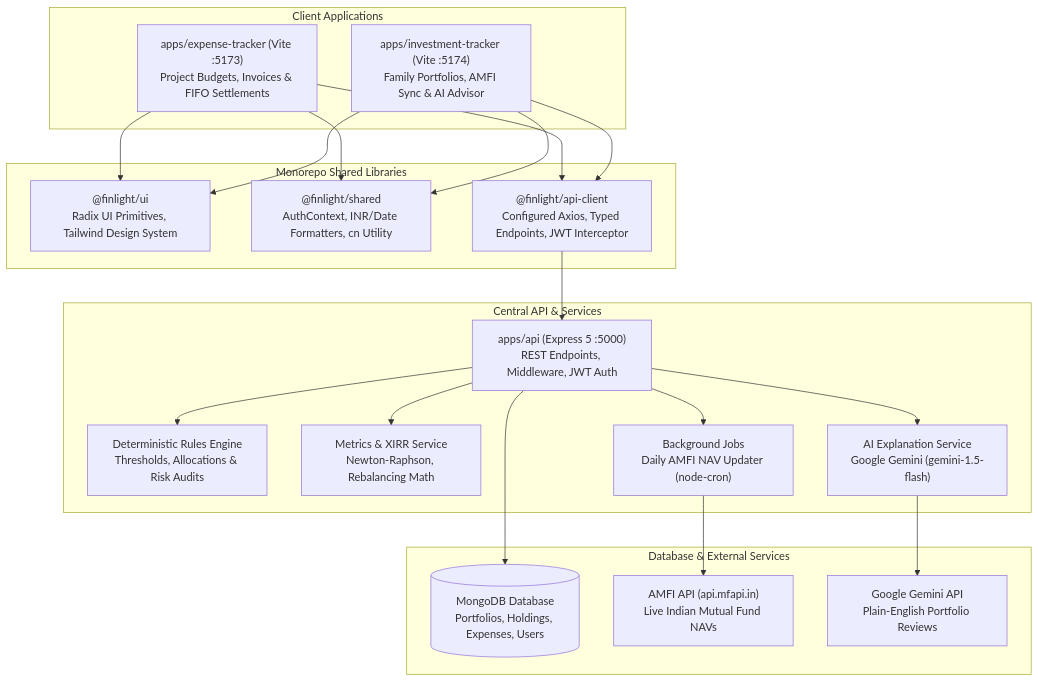
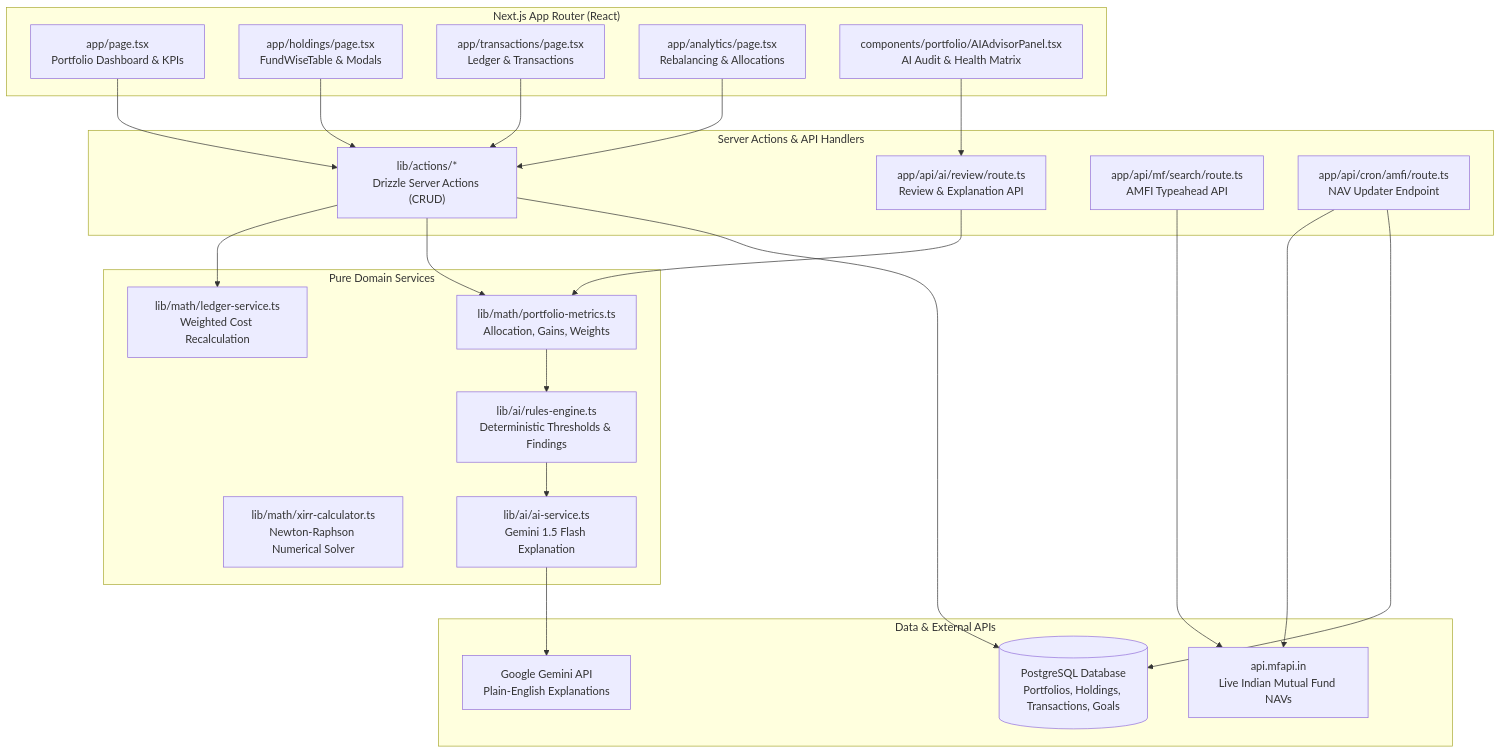
The diagram in README.md (Karmakarabhi/finlight), drawn with Mermaid before and after one commit. The commit also changed other lines of this file and 248 other files, not shown here.

````diff
--- a/README.md
+++ b/README.md
@@ -50,45 +35,38 @@
 ```mermaid
 graph TD
-    subgraph Clients ["Client Applications"]
-        ET["apps/expense-tracker (Vite :5173)<br/>Project Budgets, Invoices & FIFO Settlements"]
-        IT["apps/investment-tracker (Vite :5174)<br/>Family Portfolios, AMFI Sync & AI Advisor"]
+    subgraph Client ["Next.js App Router (React)"]
+        DASH["app/page.tsx<br/>Portfolio Dashboard & KPIs"]
+        HOLD["app/holdings/page.tsx<br/>FundWiseTable & Modals"]
+        TXN["app/transactions/page.tsx<br/>Ledger & Transactions"]
+        ANL["app/analytics/page.tsx<br/>Rebalancing & Allocations"]
+        AI_PANEL["components/portfolio/AIAdvisorPanel.tsx<br/>AI Audit & Health Matrix"]
     end
 
-    subgraph Packages ["Monorepo Shared Libraries"]
-        UI["@finlight/ui<br/>Radix UI Primitives, Tailwind Design System"]
-        SHARED["@finlight/shared<br/>AuthContext, INR/Date Formatters, cn Utility"]
-        CLIENT["@finlight/api-client<br/>Configured Axios, Typed Endpoints, JWT Interceptor"]
+    subgraph Server ["Server Actions & API Handlers"]
+        ACTIONS["lib/actions/*<br/>Drizzle Server Actions (CRUD)"]
+        AI_ROUTE["app/api/ai/review/route.ts<br/>Review & Explanation API"]
+        AMFI_ROUTE["app/api/mf/search/route.ts<br/>AMFI Typeahead API"]
+        CRON_ROUTE["app/api/cron/amfi/route.ts<br/>NAV Updater Endpoint"]
     end
 
-    subgraph Backend ["Central API & Services"]
-        API["apps/api (Express 5 :5000)<br/>REST Endpoints, Middleware, JWT Auth"]
-        RULES["Deterministic Rules Engine<br/>Thresholds, Allocations & Risk Audits"]
-        METRICS["Metrics & XIRR Service<br/>Newton-Raphson, Rebalancing Math"]
-        AI_SVC["AI Explanation Service<br/>Google Gemini (gemini-1.5-flash)"]
-        CRON["Background Jobs<br/>Daily AMFI NAV Updater (node-cron)"]
+    subgraph Domain ["Pure Domain Services"]
+        MATH["lib/math/portfolio-metrics.ts<br/>Allocation, Gains, Weights"]
+        LEDGER["lib/math/ledger-service.ts<br/>Weighted Cost Recalculation"]
+        XIRR["lib/math/xirr-calculator.ts<br/>Newton-Raphson Numerical Solver"]
+        RULES["lib/ai/rules-engine.ts<br/>Deterministic Thresholds & Findings"]
+        AI_SVC["lib/ai/ai-service.ts<br/>Gemini 1.5 Flash Explanation"]
     end
 
-    subgraph Data ["Database & External Services"]
-        MONGO[("MongoDB Database<br/>Portfolios, Holdings, Expenses, Users")]
-        AMFI["AMFI API (api.mfapi.in)<br/>Live Indian Mutual Fund NAVs"]
-        GEMINI["Google Gemini API<br/>Plain-English Portfolio Reviews"]
+    subgraph Data ["Data & External APIs"]
+        PG[("PostgreSQL Database<br/>Portfolios, Holdings, Transactions, Goals")]
+        AMFI["api.mfapi.in<br/>Live Indian Mutual Fund NAVs"]
+        GEMINI["Google Gemini API<br/>Plain-English Explanations"]
     end
 
-    ET --> UI
-    ET --> SHARED
-    ET --> CLIENT
-    IT --> UI
-    IT --> SHARED
-    IT --> CLIENT
-
-    CLIENT --> API
-
-    API --> RULES
-    API --> METRICS
-    API --> AI_SVC
-    API --> CRON
-    API --> MONGO
-
-    CRON --> AMFI
-    AI_SVC --> GEMINI
+    DASH & HOLD & TXN & ANL --> ACTIONS
+    AI_PANEL --> AI_ROUTE
+    ACTIONS --> LEDGER & MATH & PG
+    AI_ROUTE --> MATH --> RULES --> AI_SVC --> GEMINI
+    AMFI_ROUTE --> AMFI
+    CRON_ROUTE --> AMFI & PG
 ```
````
